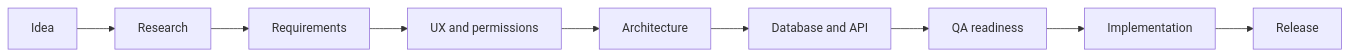
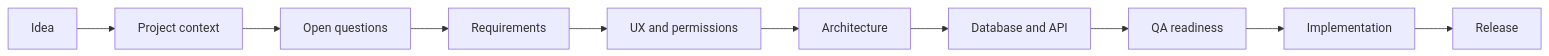
Before and after one commit to BAKUGOS1/beforecode: the first of 2 diagrams in README.md, drawn with Mermaid. The commit also changed other lines of this file, not shown here.

Commit message:
document context-first start workflow

````diff
--- a/README.md
+++ b/README.md
@@ -47,11 +52,12 @@
 ```mermaid
 flowchart LR
-    Idea[Idea] --> Research[Research]
-    Research --> Requirements[Requirements]
+    Idea[Idea] --> Context[Project context]
+    Context --> Questions[Open questions]
+    Questions --> Requirements[Requirements]
     Requirements --> UX[UX and permissions]
     UX --> Architecture[Architecture]
     Architecture --> Data[Database and API]
     Data --> QA[QA readiness]
     QA --> Build[Implementation]
     Build --> Release[Release]
 ```
````
